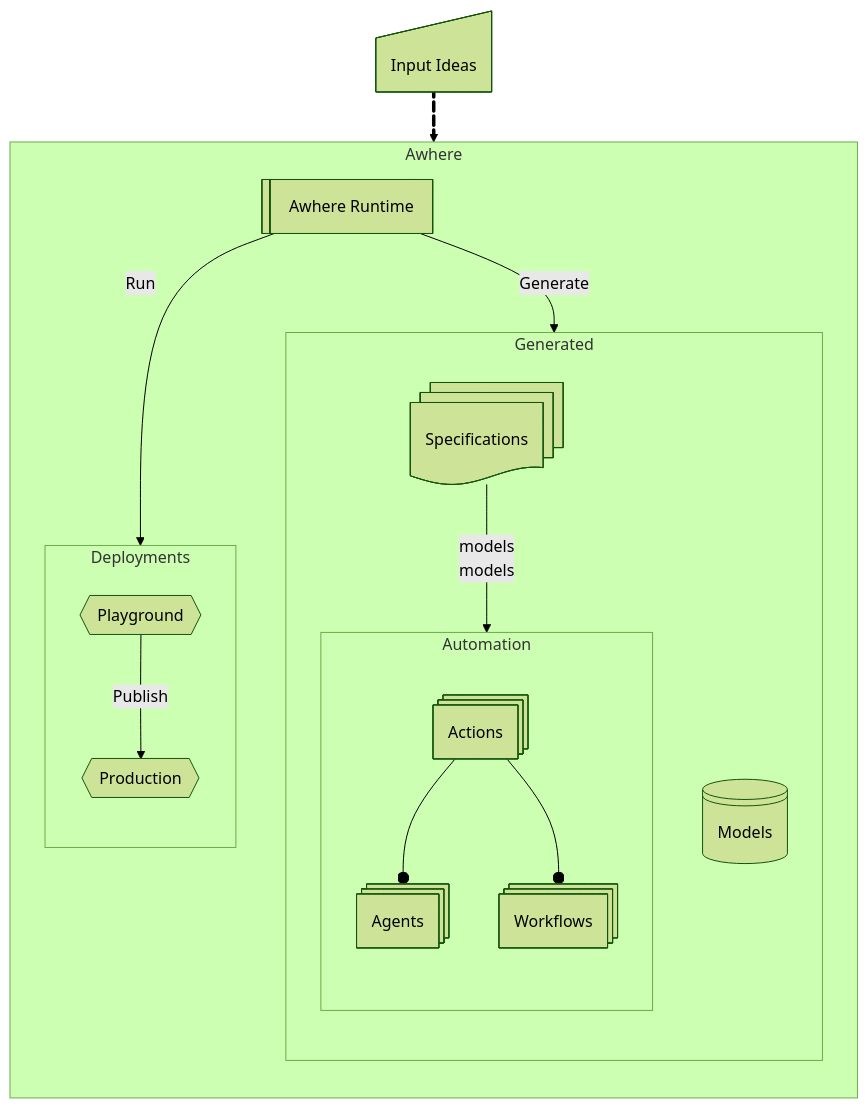
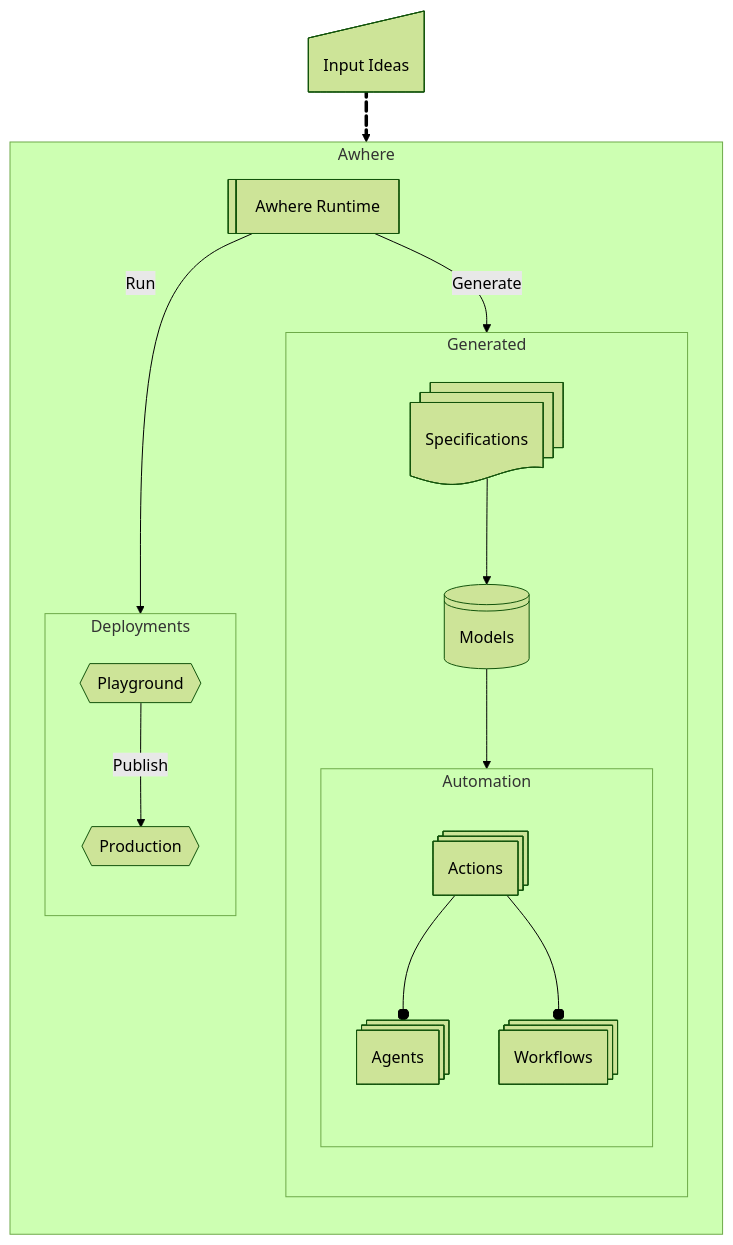
The second of 2 diagrams in README.md (alywonder/awhere-ai), drawn with Mermaid (forest theme) before and after one commit.

Commit message:
Fix Mermaid diagram syntax in Idea to Production flowchart
🤖 Generated with [Claude Code](https://claude.ai/code)

````diff
--- a/README.md
+++ b/README.md
@@ -52,33 +52,33 @@
    ```mermaid
    flowchart TB
     idea@{ shape: manual-input, label: "Input Ideas" }
     subgraph Awhere
         direction TB
         arun@{ shape: lin-rect, label: "Awhere Runtime" }
         subgraph Generated
             direction TB
             specs@{ shape: docs, label: "Specifications" }
             models@{ shape: lin-cyl, label: "Models" }
             subgraph Automation
                 direction TB
                 actions@{ shape: processes, label: "Actions" }
                 agents@{ shape: processes, label: "Agents" }
                 workflows@{ shape: processes, label: "Workflows" }
                 actions --o agents
                 actions --o workflows
             end
-            specs -- models
+            specs --> models
             models --> Automation
         end
         subgraph Deployments
             direction TB
             playground@{ shape: hex, label: "Playground" }
             production@{ shape: hex, label: "Production" }
             playground -->|Publish| production
         end
         arun -->|Generate| Generated
         arun -->|Run| playground
     end
     idea eip@==> Awhere
     eip@{ animate: true }
    ```
````
